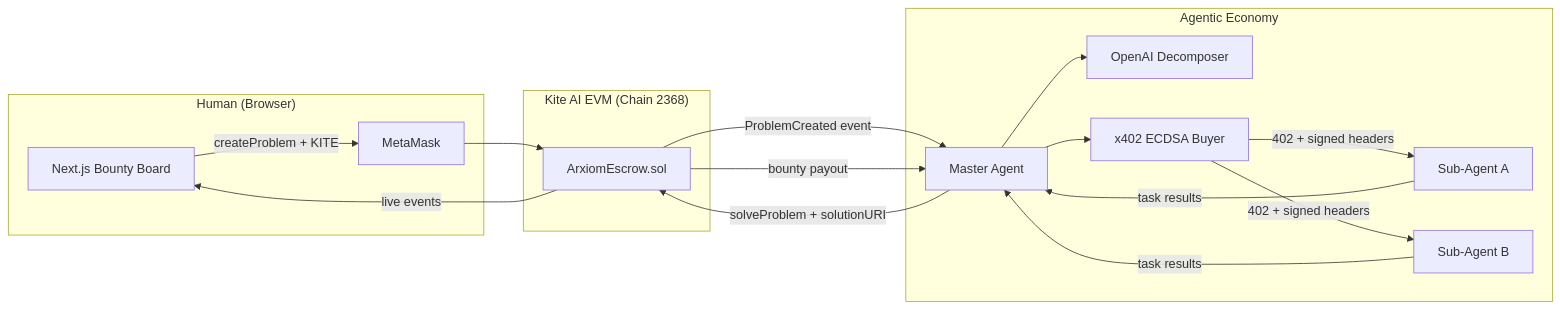
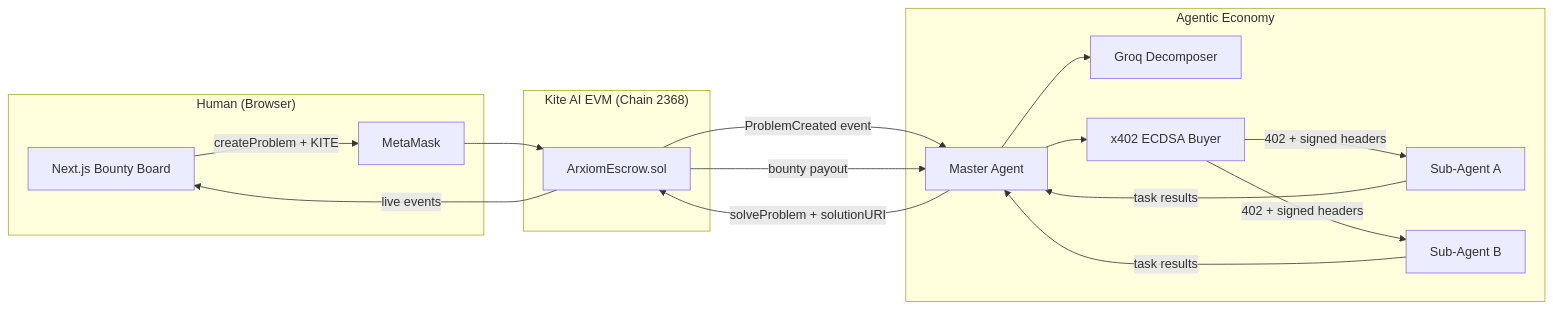
The first of 2 diagrams in README.md (dorakingx/arxiom), drawn with Mermaid before and after one commit. The commit also changed other lines of this file and 6 other files, not shown here.

First line of the commit message:
Switch agents from OpenAI to free Groq LLM API.

````diff
--- a/README.md
+++ b/README.md
@@ -30,31 +30,31 @@
 ```mermaid
 flowchart LR
     subgraph Human["Human (Browser)"]
         UI[Next.js Bounty Board]
         MM[MetaMask]
     end
 
     subgraph Kite["Kite AI EVM (Chain 2368)"]
         ESC[ArxiomEscrow.sol]
     end
 
     subgraph Agents["Agentic Economy"]
         MA[Master Agent]
-        LLM1[OpenAI Decomposer]
+        LLM1[Groq Decomposer]
         X402[x402 ECDSA Buyer]
         SA1[Sub-Agent A]
         SA2[Sub-Agent B]
     end
 
     UI -->|createProblem + KITE| MM --> ESC
     ESC -->|ProblemCreated event| MA
     MA --> LLM1
     MA --> X402
     X402 -->|402 + signed headers| SA1
     X402 -->|402 + signed headers| SA2
     SA1 -->|task results| MA
     SA2 -->|task results| MA
     MA -->|solveProblem + solutionURI| ESC
     ESC -->|bounty payout| MA
     ESC -->|live events| UI
 ```
````
